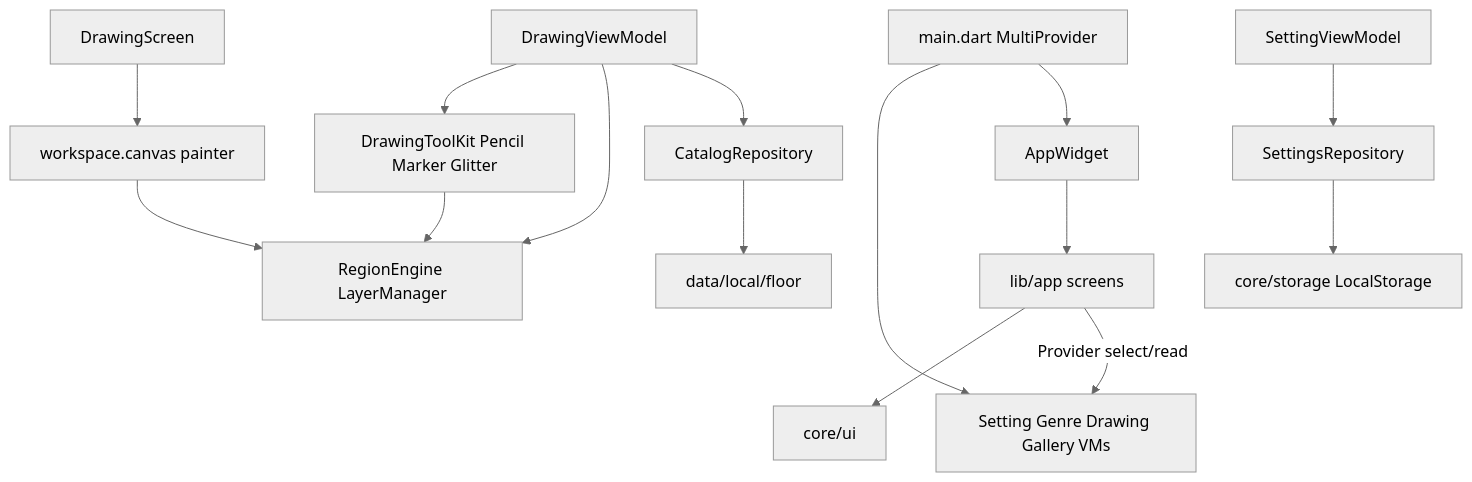
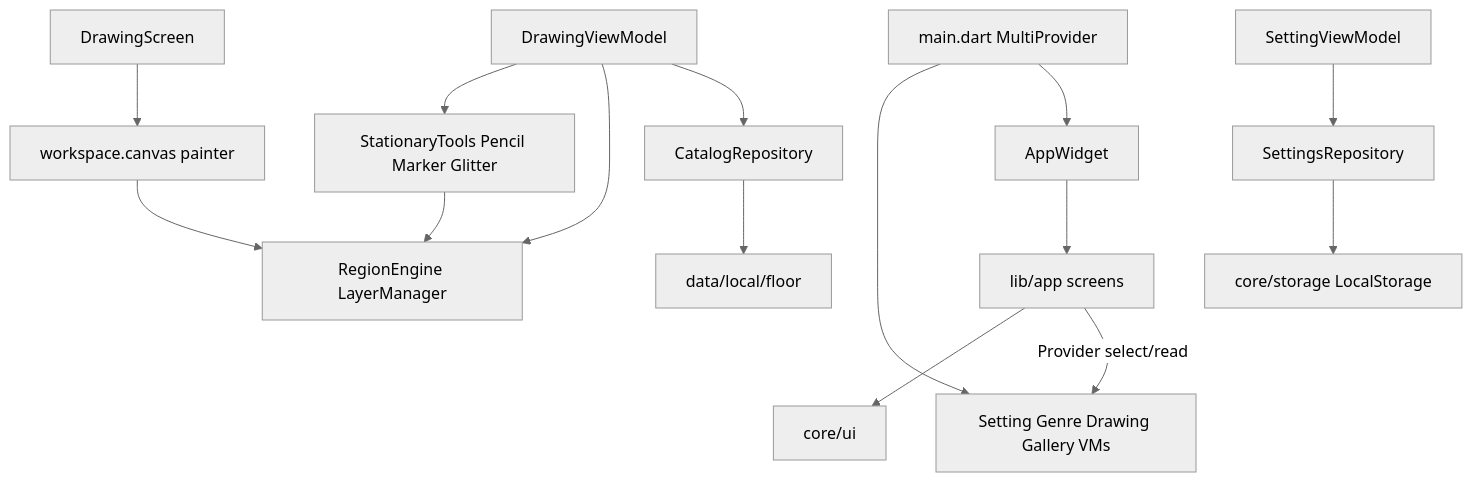
Before and after one commit to ghulamhussainjoyo/kids-drawing-app: the diagram in docs/Architecture.md, drawn with Mermaid (neutral theme). The commit also changed other lines of this file and 409 other files, not shown here.

````diff
--- a/docs/Architecture.md
+++ b/docs/Architecture.md
@@ -284,17 +297,17 @@
 ```mermaid
 flowchart TD
     Main["main.dart MultiProvider"] --> AppWidget
     Main --> VMs[Setting Genre Drawing Gallery VMs]
     AppWidget --> AppRoutes["lib/app screens"]
     AppRoutes -->|"Provider select/read"| VMs
     DrawingVM["DrawingViewModel"] --> CatalogRepo["CatalogRepository"]
     SettingVM["SettingViewModel"] --> SettingsRepo["SettingsRepository"]
     DrawingVM --> Engine["RegionEngine LayerManager"]
-    DrawingVM --> Tools["DrawingToolKit Pencil Marker Glitter"]
+    DrawingVM --> Tools["StationaryTools Pencil Marker Glitter"]
     Tools --> Engine
     CatalogRepo --> Floor["data/local/floor"]
     SettingsRepo --> Prefs["core/storage LocalStorage"]
     AppRoutes --> CoreUi["core/ui"]
     DrawingScreen --> Workspace["workspace.canvas painter"]
     Workspace --> Engine
 ```
````
